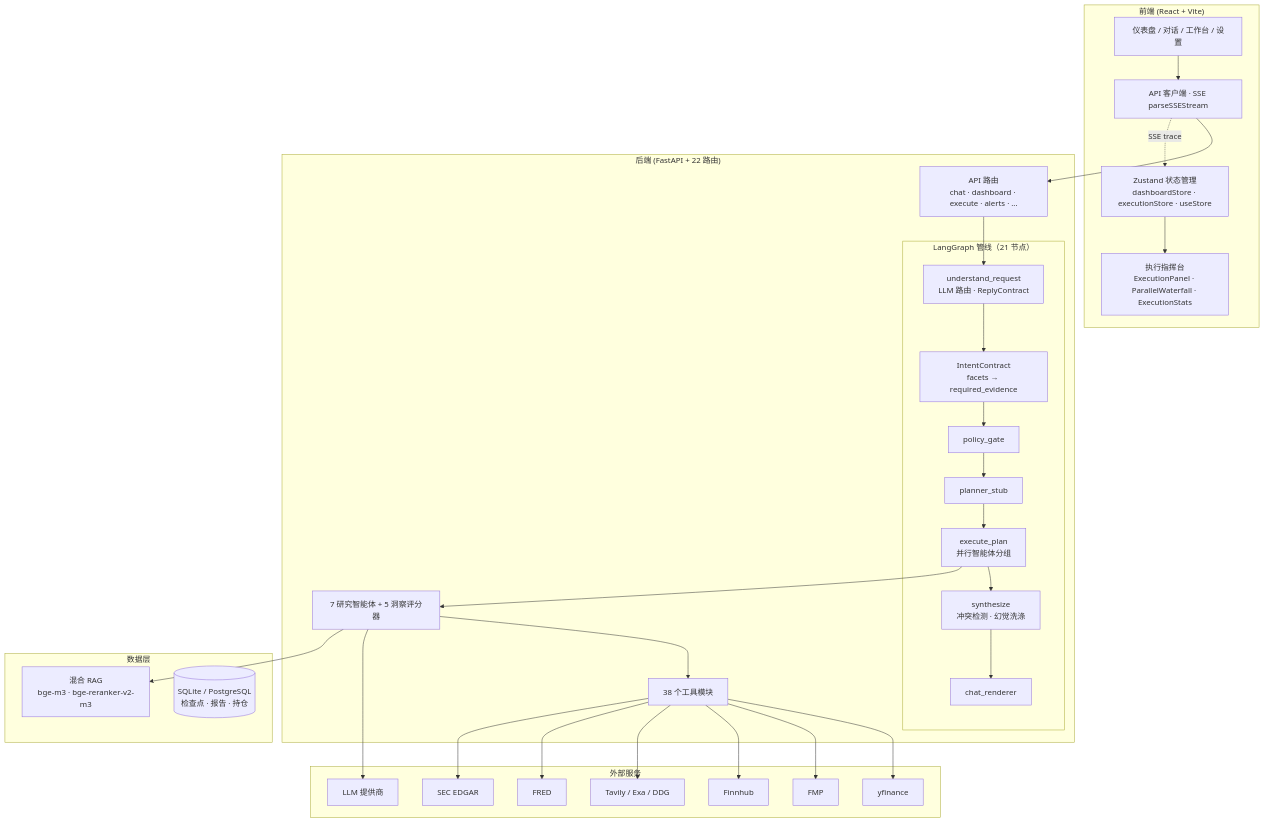
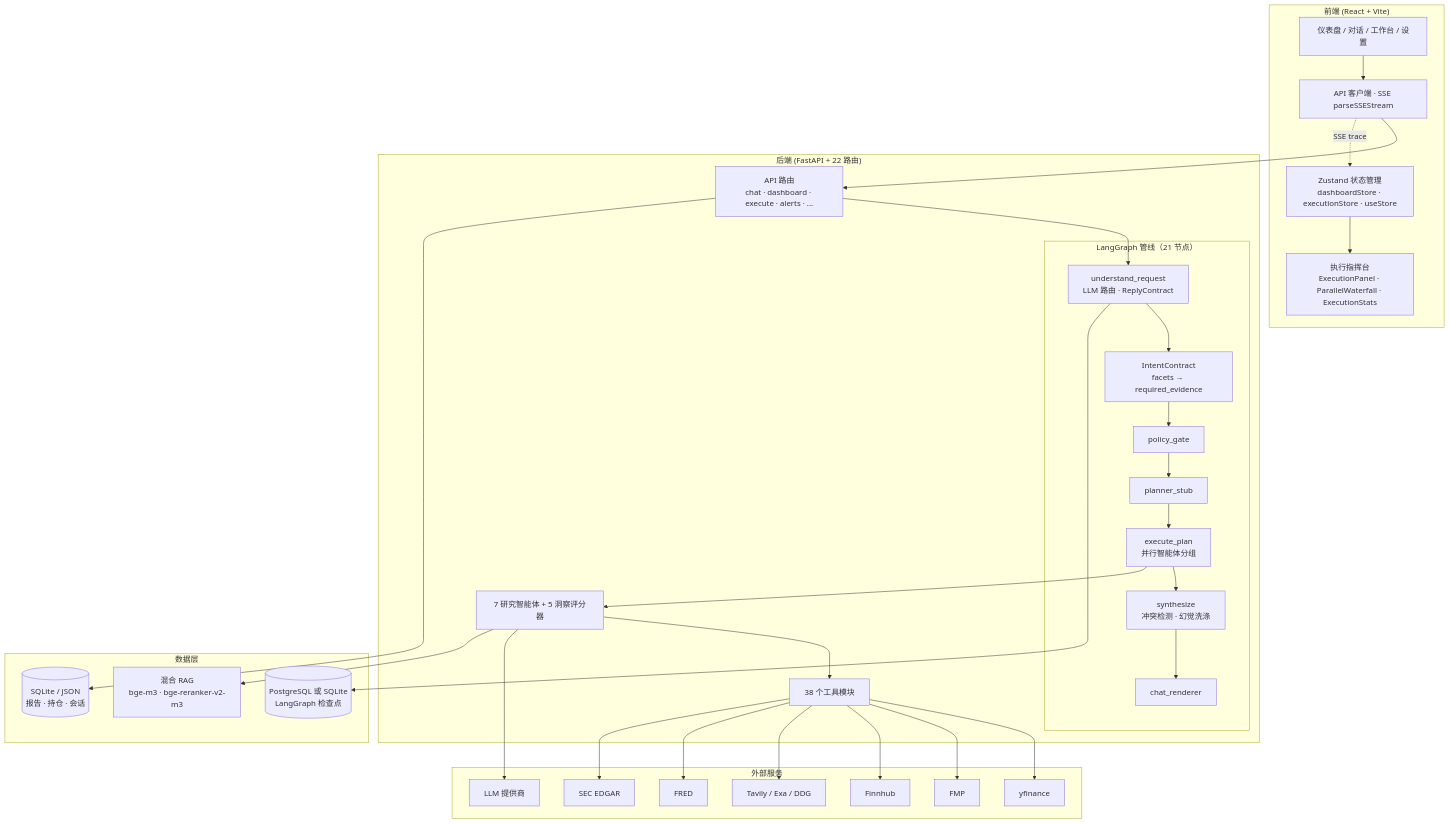
One commit to kkkano/FinSight changed the first of 3 diagrams in README_CN.md. Above: the diagram before and after it, drawn with Mermaid. The commit also changed other lines of this file and 2 other files, not shown here.

Commit message:
docs(deploy): document multiuser quota deployment modes

````diff
--- a/README_CN.md
+++ b/README_CN.md
@@ -161,43 +161,46 @@
 ```mermaid
 graph TB
     subgraph "前端 (React + Vite)"
         UI[仪表盘 / 对话 / 工作台 / 设置]
         STORE[Zustand 状态管理<br/>dashboardStore · executionStore · useStore]
         CONSOLE[执行指挥台<br/>ExecutionPanel · ParallelWaterfall · ExecutionStats]
         API_CLIENT[API 客户端 · SSE parseSSEStream]
     end
 
     subgraph "后端 (FastAPI + 22 路由)"
         ROUTER[API 路由<br/>chat · dashboard · execute · alerts · ...]
         subgraph "LangGraph 管线（21 节点）"
             UNDERSTAND[understand_request<br/>LLM 路由 · ReplyContract]
             FRAME[IntentContract<br/>facets → required_evidence]
             POLICY[policy_gate]
             PLANNER[planner_stub]
             EXEC[execute_plan<br/>并行智能体分组]
             SYNTH[synthesize<br/>冲突检测 · 幻觉洗涤]
             RENDER[chat_renderer]
         end
         AGENTS[7 研究智能体 + 5 洞察评分器]
         TOOLS[38 个工具模块]
     end
 
     subgraph "数据层"
         RAG[混合 RAG<br/>bge-m3 · bge-reranker-v2-m3]
-        DB[(SQLite / PostgreSQL<br/>检查点 · 报告 · 持仓)]
+        CHECKPOINT[(PostgreSQL 或 SQLite<br/>LangGraph 检查点)]
+        BUSINESS[(SQLite / JSON<br/>报告 · 持仓 · 会话)]
     end
 
     subgraph "外部服务"
         YFINANCE[yfinance] & FMP[FMP] & FINNHUB[Finnhub]
         TAVILY[Tavily / Exa / DDG] & FRED[FRED] & SEC[SEC EDGAR]
         LLM_API[LLM 提供商]
     end
 
     UI --> API_CLIENT --> ROUTER
     API_CLIENT -.->|SSE trace| STORE --> CONSOLE
     ROUTER --> UNDERSTAND --> FRAME --> POLICY --> PLANNER --> EXEC
+    ROUTER --> BUSINESS
+    UNDERSTAND --> CHECKPOINT
     EXEC --> SYNTH --> RENDER
     EXEC --> AGENTS --> TOOLS
     TOOLS --> YFINANCE & FMP & FINNHUB & TAVILY & FRED & SEC
     AGENTS --> LLM_API & RAG
 ```
````
